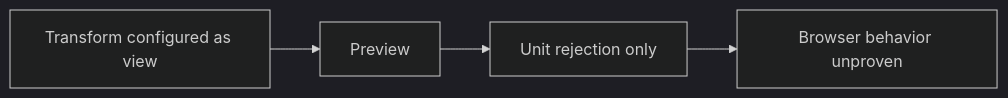
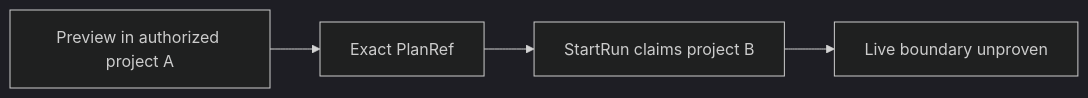
Before and after one commit to dunay2/dvt: the first of 2 diagrams in docs/planning/proposals/mandatory/frontend-and-ux/gh-3021-dvt-preview-run-live-plan-20260915.md, drawn with Mermaid (dark theme). The commit also changed other lines of this file and 1 other file, not shown here.

Commit message:
test(web): Prove cross-scope StartRun rejection (#3201)

````diff
--- a/docs/planning/proposals/mandatory/frontend-and-ux/gh-3021-dvt-preview-run-live-plan-20260915.md
+++ b/docs/planning/proposals/mandatory/frontend-and-ux/gh-3021-dvt-preview-run-live-plan-20260915.md
@@ -28,6 +28,6 @@
 ```mermaid
 flowchart LR
-  A[Transform configured as view] --> B[Preview]
-  B --> C[Unit rejection only]
-  C --> D[Browser behavior unproven]
+  A[Preview in authorized project A] --> B[Exact PlanRef]
+  B --> C[StartRun claims project B]
+  C --> D[Live boundary unproven]
 ```
````
